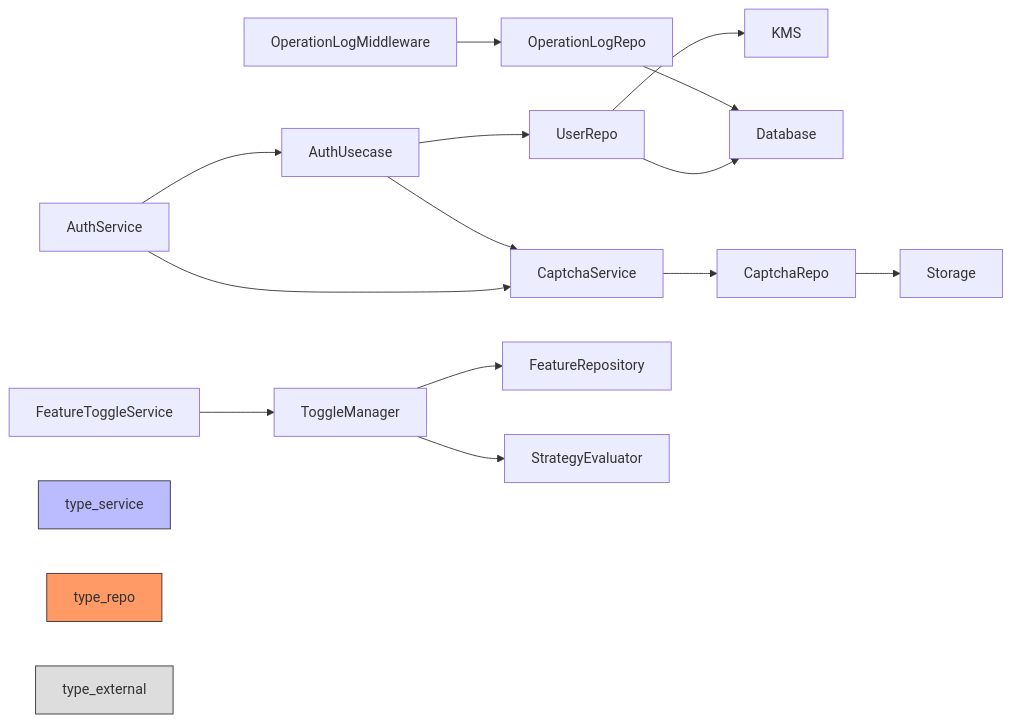
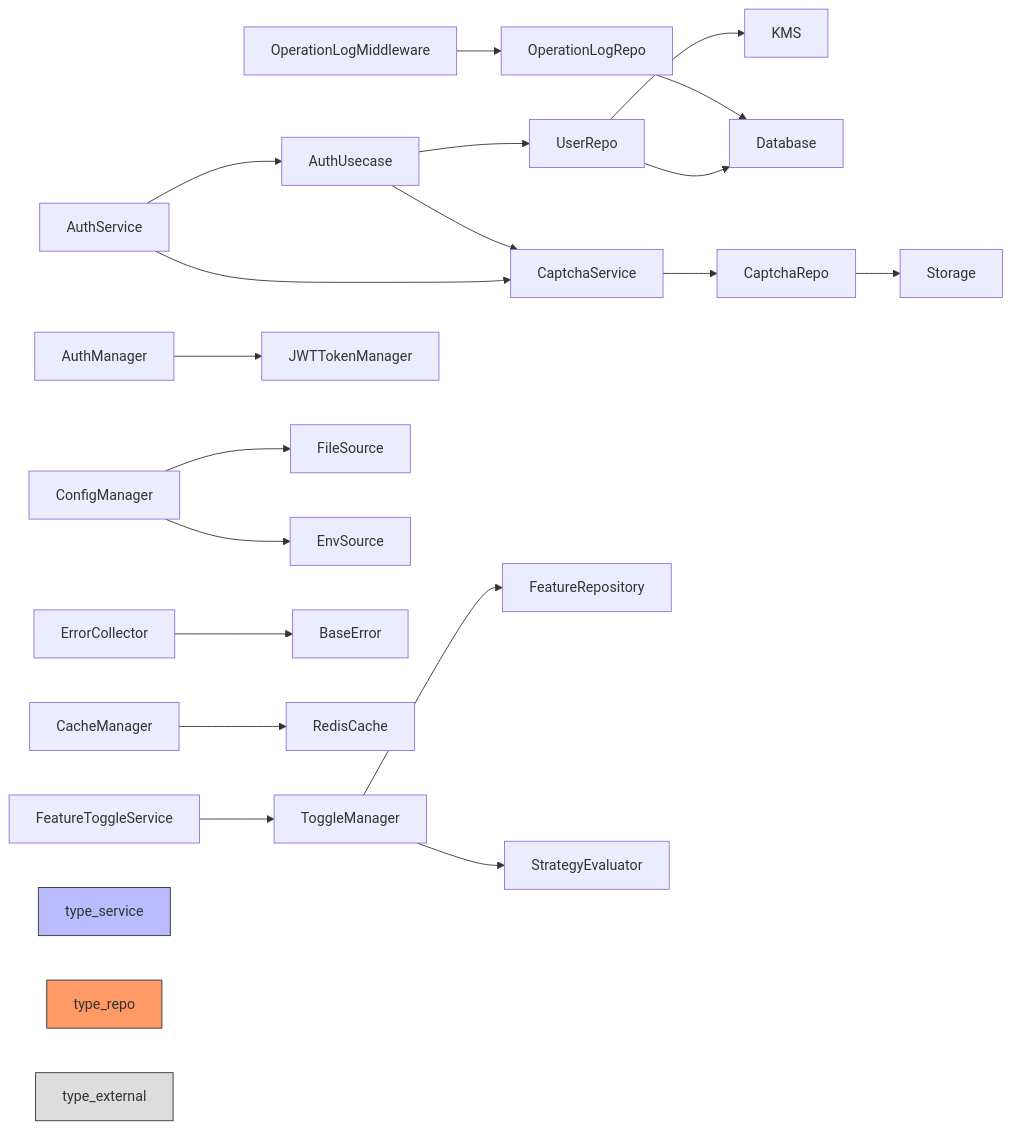
Before and after one commit to 26huitailang/kratos-boilerplate: the tenth of 11 diagrams in .qoder/repowiki/zh/content/Backend Services/Backend Services.md, drawn with Mermaid. The commit also changed other lines of this file and 31 other files, not shown here.

````diff
--- a/.qoder/repowiki/zh/content/Backend Services/Backend Services.md
+++ b/.qoder/repowiki/zh/content/Backend Services/Backend Services.md
@@ -881,22 +1097,27 @@
 ```mermaid
 graph LR
 AuthService --> AuthUsecase
 AuthService --> CaptchaService
 AuthUsecase --> UserRepo
 AuthUsecase --> CaptchaService
 UserRepo --> KMS
 UserRepo --> Database
 CaptchaService --> CaptchaRepo
 CaptchaRepo --> Storage
 OperationLogMiddleware --> OperationLogRepo
 OperationLogRepo --> Database
 FeatureToggleService --> ToggleManager
 ToggleManager --> FeatureRepository
 ToggleManager --> StrategyEvaluator
-class AuthService,AuthUsecase,CaptchaService,CaptchaRepo,OperationLogMiddleware,OperationLogRepo,FeatureToggleService,ToggleManager type_service
+AuthManager --> JWTTokenManager
+ConfigManager --> FileSource
+ConfigManager --> EnvSource
+ErrorCollector --> BaseError
+CacheManager --> RedisCache
+class AuthService,AuthUsecase,CaptchaService,CaptchaRepo,OperationLogMiddleware,OperationLogRepo,FeatureToggleService,ToggleManager,AuthManager,ConfigManager,ErrorCollector,CacheManager type_service
 class UserRepo,FeatureRepository type_repo
-class KMS,Database,Storage type_external
+class KMS,Database,Storage,FileSource,EnvSource,RedisCache type_external
 style type_service fill:#bbf,stroke:#333
 style type_repo fill:#f96,stroke:#333
 style type_external fill:#ddd,stroke:#333
 ```
````
